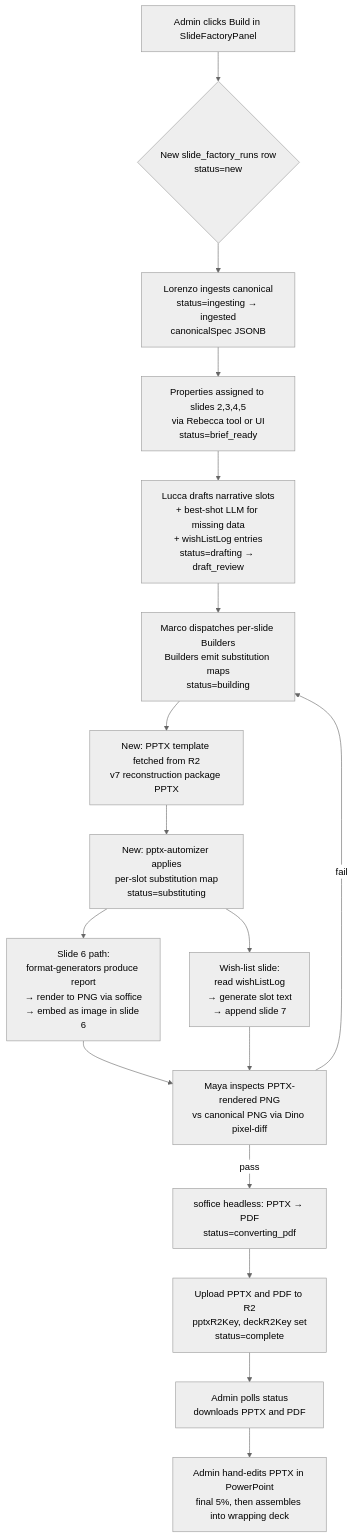
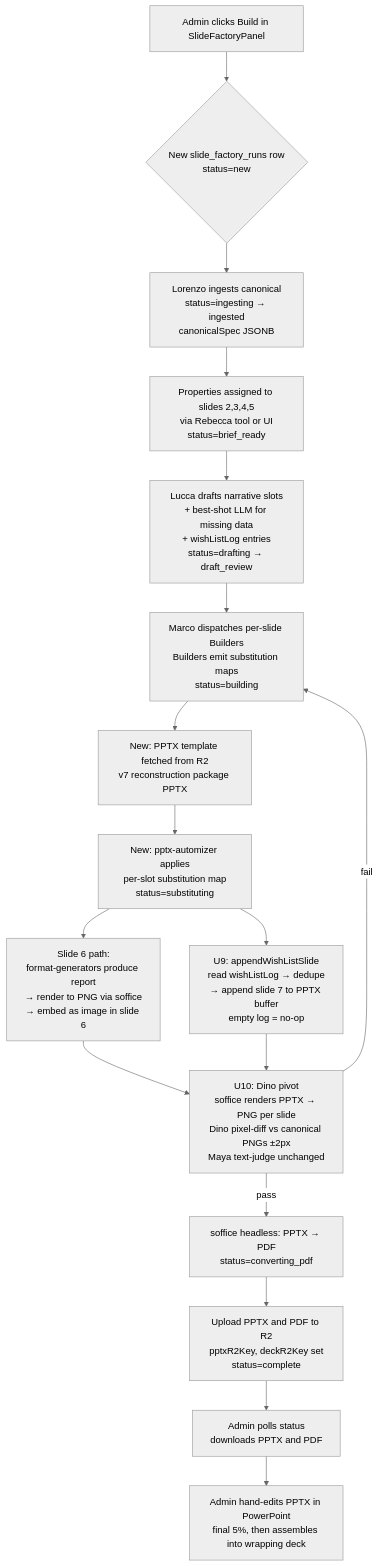
One commit to ricardocidale/H-_Analytics changed the diagram in docs/plans/2026-05-11-001-feat-factory-v2-pptx-substitution-plan.md. Above: the diagram before and after it, drawn with Mermaid (neutral theme). The commit also changed other lines of this file and 28 other files, not shown here.

````diff
--- a/docs/plans/2026-05-11-001-feat-factory-v2-pptx-substitution-plan.md
+++ b/docs/plans/2026-05-11-001-feat-factory-v2-pptx-substitution-plan.md
@@ -157,19 +157,19 @@
 ```mermaid
 flowchart TD
   A[Admin clicks Build in SlideFactoryPanel] --> B{New slide_factory_runs row<br/>status=new}
   B --> C[Lorenzo ingests canonical<br/>status=ingesting → ingested<br/>canonicalSpec JSONB]
   C --> D[Properties assigned to slides 2,3,4,5<br/>via Rebecca tool or UI<br/>status=brief_ready]
   D --> E[Lucca drafts narrative slots<br/>+ best-shot LLM for missing data<br/>+ wishListLog entries<br/>status=drafting → draft_review]
   E --> F[Marco dispatches per-slide Builders<br/>Builders emit substitution maps<br/>status=building]
   F --> G[New: PPTX template fetched from R2<br/>v7 reconstruction package PPTX]
   G --> H[New: pptx-automizer applies<br/>per-slot substitution map<br/>status=substituting]
   H --> I[Slide 6 path:<br/>format-generators produce report<br/>→ render to PNG via soffice<br/>→ embed as image in slide 6]
-  H --> J[Wish-list slide:<br/>read wishListLog<br/>→ generate slot text<br/>→ append slide 7]
-  I --> K[Maya inspects PPTX-rendered PNG<br/>vs canonical PNG via Dino pixel-diff]
+  H --> J[U9: appendWishListSlide<br/>read wishListLog → dedupe<br/>→ append slide 7 to PPTX buffer<br/>empty log = no-op]
+  I --> K[U10: Dino pivot<br/>soffice renders PPTX → PNG per slide<br/>Dino pixel-diff vs canonical PNGs ±2px<br/>Maya text-judge unchanged]
   J --> K
   K -->|pass| L[soffice headless: PPTX → PDF<br/>status=converting_pdf]
   K -->|fail| F
   L --> M[Upload PPTX and PDF to R2<br/>pptxR2Key, deckR2Key set<br/>status=complete]
   M --> N[Admin polls status<br/>downloads PPTX and PDF]
   N --> O[Admin hand-edits PPTX in PowerPoint<br/>final 5%, then assembles into wrapping deck]
 ```
````
